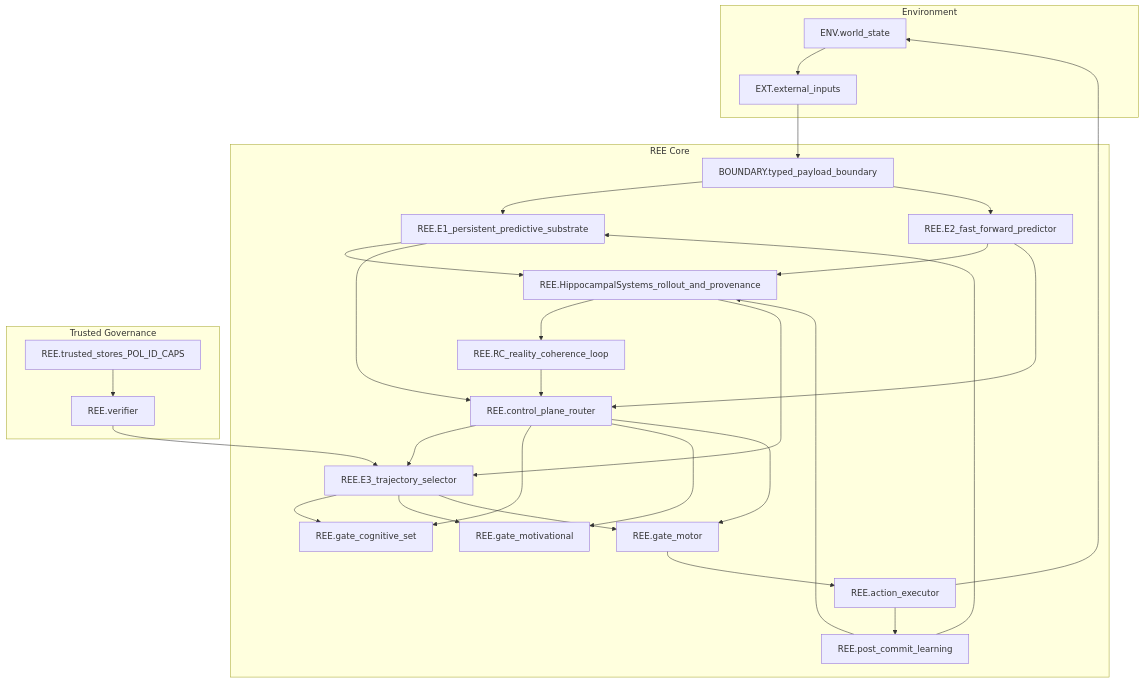
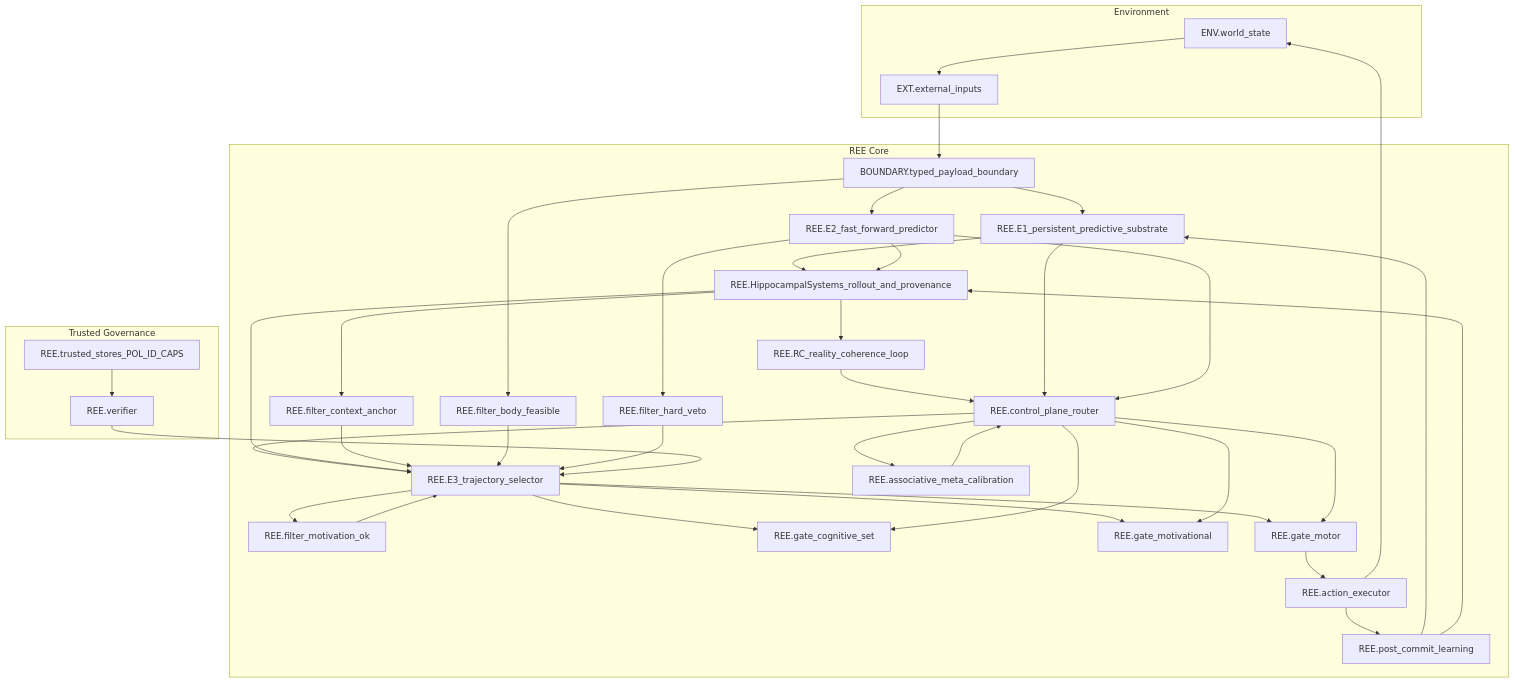
One commit to Latent-Fields/REE_assembly changed the diagram in docs/architecture/architecture_static.mmd. Above: the diagram before and after it, drawn with Mermaid. The commit also changed 116 other files, not shown here.

Commit message:
Update architecture per new thoughts

```diff
--- a/docs/architecture/architecture_static.mmd
+++ b/docs/architecture/architecture_static.mmd
@@ -1,51 +1,66 @@
 flowchart TB
   subgraph ENV[Environment]
     WORLD["ENV.world_state"]
     EXT["EXT.external_inputs"]
   end
 
   subgraph REE[REE Core]
     BND["BOUNDARY.typed_payload_boundary"]
     E1["REE.E1_persistent_predictive_substrate"]
     E2["REE.E2_fast_forward_predictor"]
     HPC["REE.HippocampalSystems_rollout_and_provenance"]
     RC["REE.RC_reality_coherence_loop"]
     CP["REE.control_plane_router"]
     E3["REE.E3_trajectory_selector"]
+    CAL["REE.associative_meta_calibration"]
+    F1["REE.filter_context_anchor"]
+    F2["REE.filter_body_feasible"]
+    F3["REE.filter_motivation_ok"]
+    F4["REE.filter_hard_veto"]
     G1["REE.gate_cognitive_set"]
     G2["REE.gate_motivational"]
     G3["REE.gate_motor"]
     ACT["REE.action_executor"]
     LRN["REE.post_commit_learning"]
   end
 
   subgraph TRUST[Trusted Governance]
     VER["REE.verifier"]
     STORES["REE.trusted_stores_POL_ID_CAPS"]
   end
 
   EXT --> BND
   BND --> E1
   BND --> E2
   E1 --> HPC
   E2 --> HPC
   HPC --> RC
   RC --> CP
   E1 --> CP
   E2 --> CP
+  CP --> CAL
+  CAL --> CP
   CP --> E3
   HPC --> E3
+  HPC --> F1
+  BND --> F2
+  E3 --> F3
+  E2 --> F4
+  F1 --> E3
+  F2 --> E3
+  F3 --> E3
+  F4 --> E3
   VER --> E3
   STORES --> VER
   E3 --> G1
   E3 --> G2
   E3 --> G3
   CP --> G1
   CP --> G2
   CP --> G3
   G3 --> ACT
   ACT --> WORLD
   WORLD --> EXT
   ACT --> LRN
   LRN --> E1
   LRN --> HPC
```
